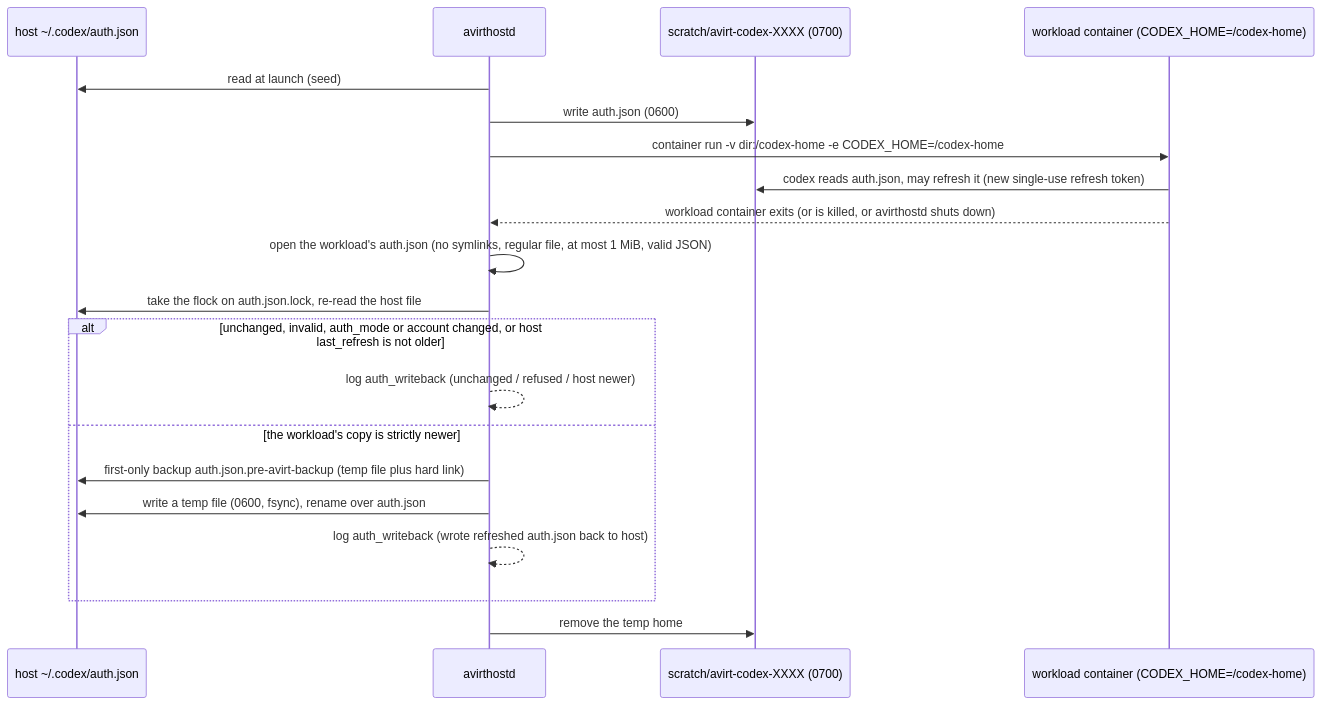
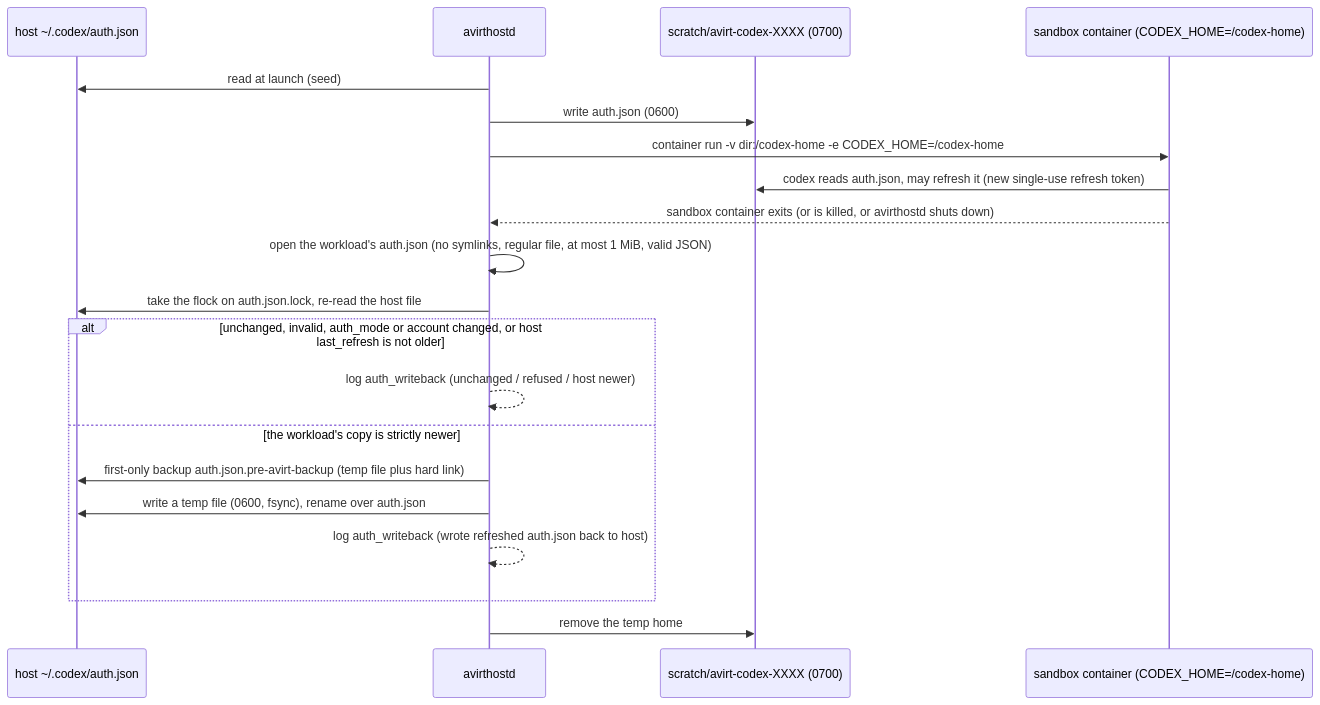
One commit to tbhb-dev/avirt changed the first of 3 diagrams in docs/egress-credentials.md. Above: the diagram before and after it, drawn with Mermaid. The commit also changed other lines of this file and 58 other files, not shown here.

````diff
--- a/docs/egress-credentials.md
+++ b/docs/egress-credentials.md
@@ -20,22 +20,22 @@
 ```mermaid
 sequenceDiagram
     participant H as host ~/.codex/auth.json
     participant C as avirthostd
     participant T as scratch/avirt-codex-XXXX (0700)
-    participant W as workload container (CODEX_HOME=/codex-home)
+    participant W as sandbox container (CODEX_HOME=/codex-home)
     C->>H: read at launch (seed)
     C->>T: write auth.json (0600)
     C->>W: container run -v dir:/codex-home -e CODEX_HOME=/codex-home
     W->>T: codex reads auth.json, may refresh it (new single-use refresh token)
-    W-->>C: workload container exits (or is killed, or avirthostd shuts down)
+    W-->>C: sandbox container exits (or is killed, or avirthostd shuts down)
     C->>C: open the workload's auth.json (no symlinks, regular file, at most 1 MiB, valid JSON)
     C->>H: take the flock on auth.json.lock, re-read the host file
     alt unchanged, invalid, auth_mode or account changed, or host last_refresh is not older
         C-->>C: log auth_writeback (unchanged / refused / host newer)
     else the workload's copy is strictly newer
         C->>H: first-only backup auth.json.pre-avirt-backup (temp file plus hard link)
         C->>H: write a temp file (0600, fsync), rename over auth.json
         C-->>C: log auth_writeback (wrote refreshed auth.json back to host)
     end
     C->>T: remove the temp home
 ```
````
